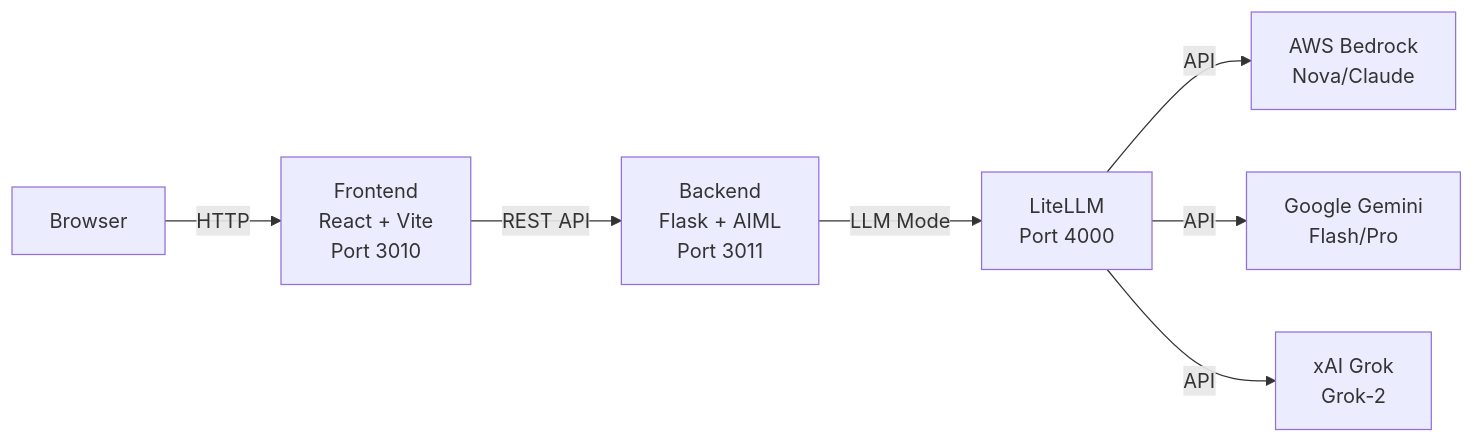
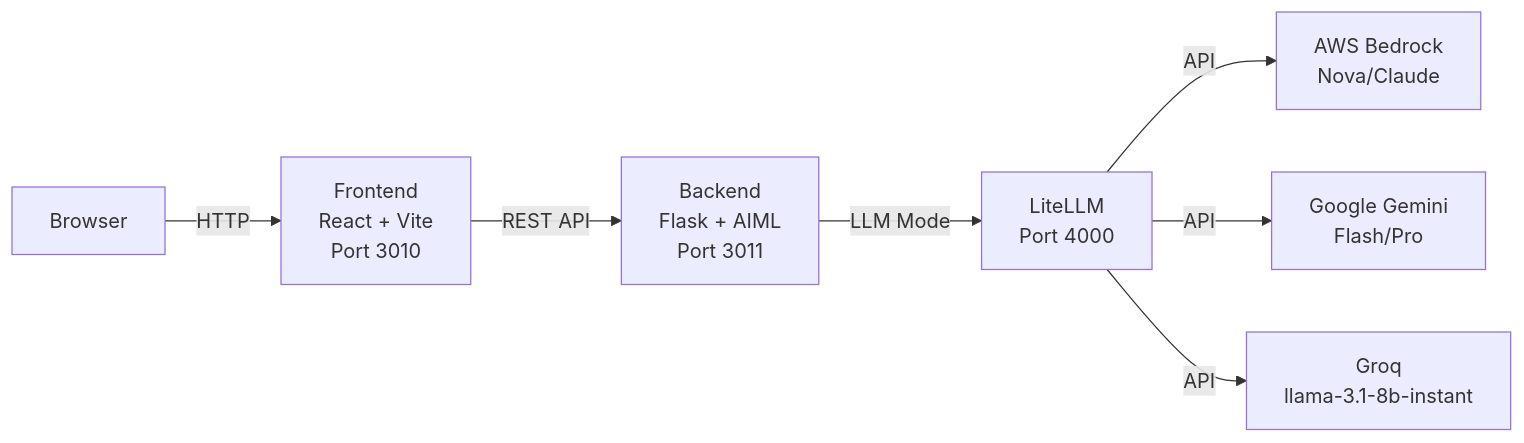
The diagram in README.md (elevy99927/hybrid-ai-aiml-chat), drawn with Mermaid before and after one commit. The commit also changed 9 other files, not shown here.

````diff
--- a/README.md
+++ b/README.md
@@ -186,11 +186,11 @@
 ```mermaid
 graph LR
     A[Browser] -->|HTTP| B[Frontend<br/>React + Vite<br/>Port 3010]
     B -->|REST API| C[Backend<br/>Flask + AIML<br/>Port 3011]
     C -->|LLM Mode| D[LiteLLM<br/>Port 4000]
     D -->|API| E[AWS Bedrock<br/>Nova/Claude]
     D -->|API| F[Google Gemini<br/>Flash/Pro]
-    D -->|API| G[xAI Grok<br/>Grok-2]
+    D -->|API| G[Groq<br/>llama-3.1-8b-instant]
     
 
 ```
````
